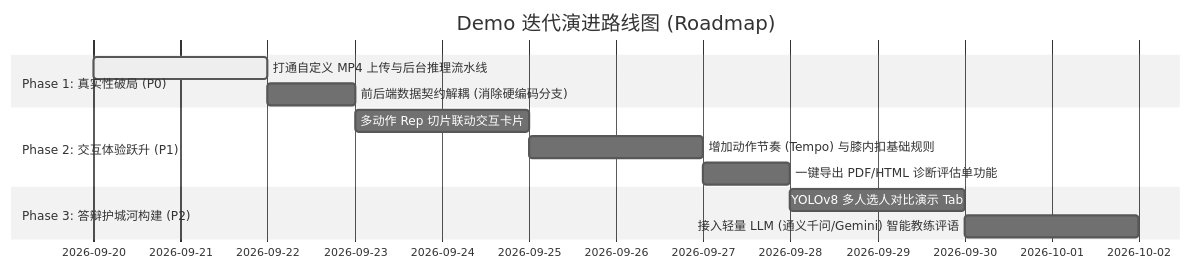
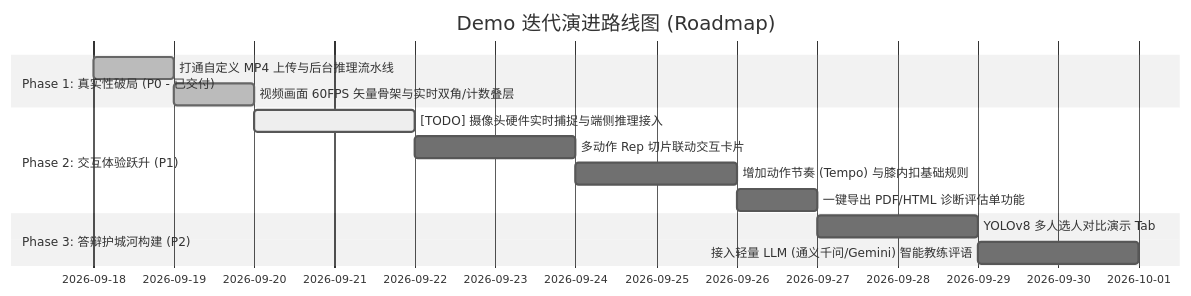
The sixth of 6 diagrams in reports/demo_gap_assessment_report.md (huwany1/Undergraduate-engineering-thesis), drawn with Mermaid (neutral theme) before and after one commit. The commit also changed other lines of this file and 6 other files, not shown here.

````diff
--- a/reports/demo_gap_assessment_report.md
+++ b/reports/demo_gap_assessment_report.md
@@ -234,15 +242,16 @@
 ```mermaid
 gantt
     title Demo 迭代演进路线图 (Roadmap)
     dateFormat  YYYY-MM-DD
-    section Phase 1: 真实性破局 (P0)
-    打通自定义 MP4 上传与后台推理流水线        :active, p1_1, 2026-09-20, 2d
-    前后端数据契约解耦 (消除硬编码分支)          :p1_2, after p1_1, 1d
+    section Phase 1: 真实性破局 (P0 - 已交付)
+    打通自定义 MP4 上传与后台推理流水线        :done, p1_1, 2026-09-18, 1d
+    视频画面 60FPS 矢量骨架与实时双角/计数叠层  :done, p1_2, 2026-09-19, 1d
     section Phase 2: 交互体验跃升 (P1)
-    多动作 Rep 切片联动交互卡片               :p2_1, after p1_2, 2d
+    [TODO] 摄像头硬件实时捕捉与端侧推理接入    :active, p2_0, 2026-09-20, 2d
+    多动作 Rep 切片联动交互卡片               :p2_1, after p2_0, 2d
     增加动作节奏 (Tempo) 与膝内扣基础规则      :p2_2, after p2_1, 2d
     一键导出 PDF/HTML 诊断评估单功能           :p2_3, after p2_2, 1d
     section Phase 3: 答辩护城河构建 (P2)
     YOLOv8 多人选人对比演示 Tab               :p3_1, after p2_3, 2d
     接入轻量 LLM (通义千问/Gemini) 智能教练评语 :p3_2, after p3_1, 2d
 ```
````
